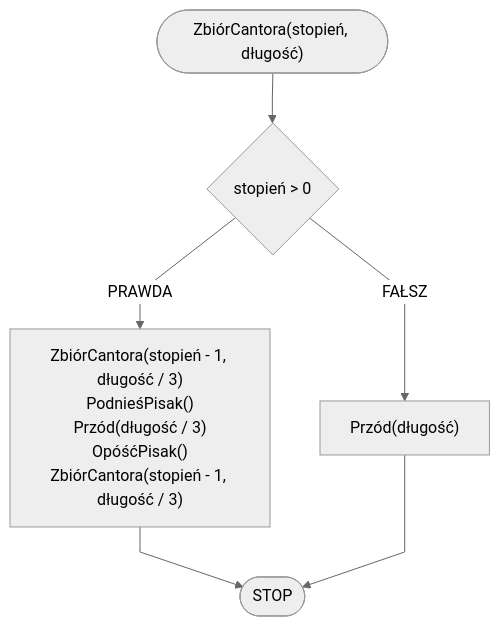
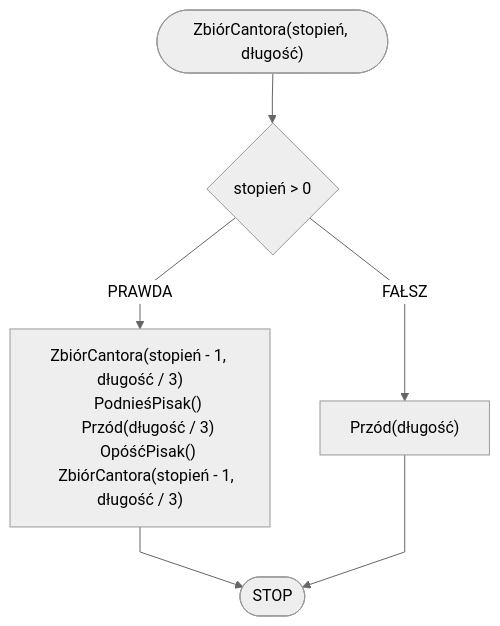
The diagram in docs/algorithms/fractals/cantor-dust.md (blackbat13/edu-cs-htiew-pl), drawn with Mermaid before and after one commit. The commit also changed 32 other files, not shown here.

````diff
--- a/docs/algorithms/fractals/cantor-dust.md
+++ b/docs/algorithms/fractals/cantor-dust.md
@@ -30,9 +30,13 @@
 ```mermaid
 %%{init: {"flowchart": {"curve": "linear"}, "theme": "neutral"} }%%
 flowchart TD
 	START(["ZbiórCantora(stopień, długość)"]) --> K1{stopień > 0}
-    K1 -- PRAWDA --> K2["ZbiórCantora(stopień - 1, długość / 3)\nPodnieśPisak()\nPrzód(długość / 3)\nOpóśćPisak()\nZbiórCantora(stopień - 1, długość / 3)"]
+    K1 -- PRAWDA --> K2["ZbiórCantora(stopień - 1, długość / 3)
+    PodnieśPisak()
+    Przód(długość / 3)
+    OpóśćPisak()
+    ZbiórCantora(stopień - 1, długość / 3)"]
     K1 -- FAŁSZ --> K8["Przód(długość)"]
     K2 --> STOP([STOP])
     K8 --> STOP
 ```
````
